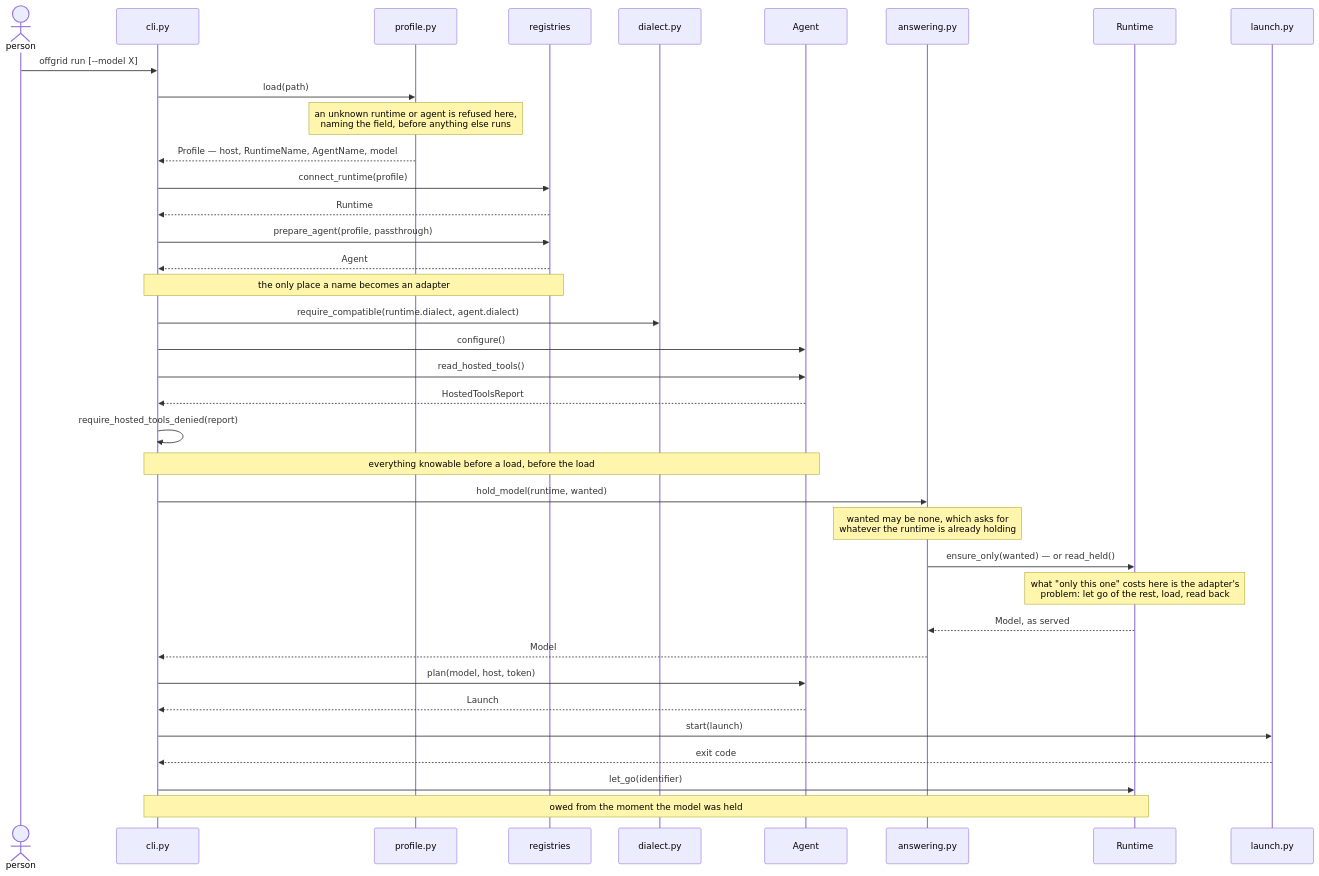
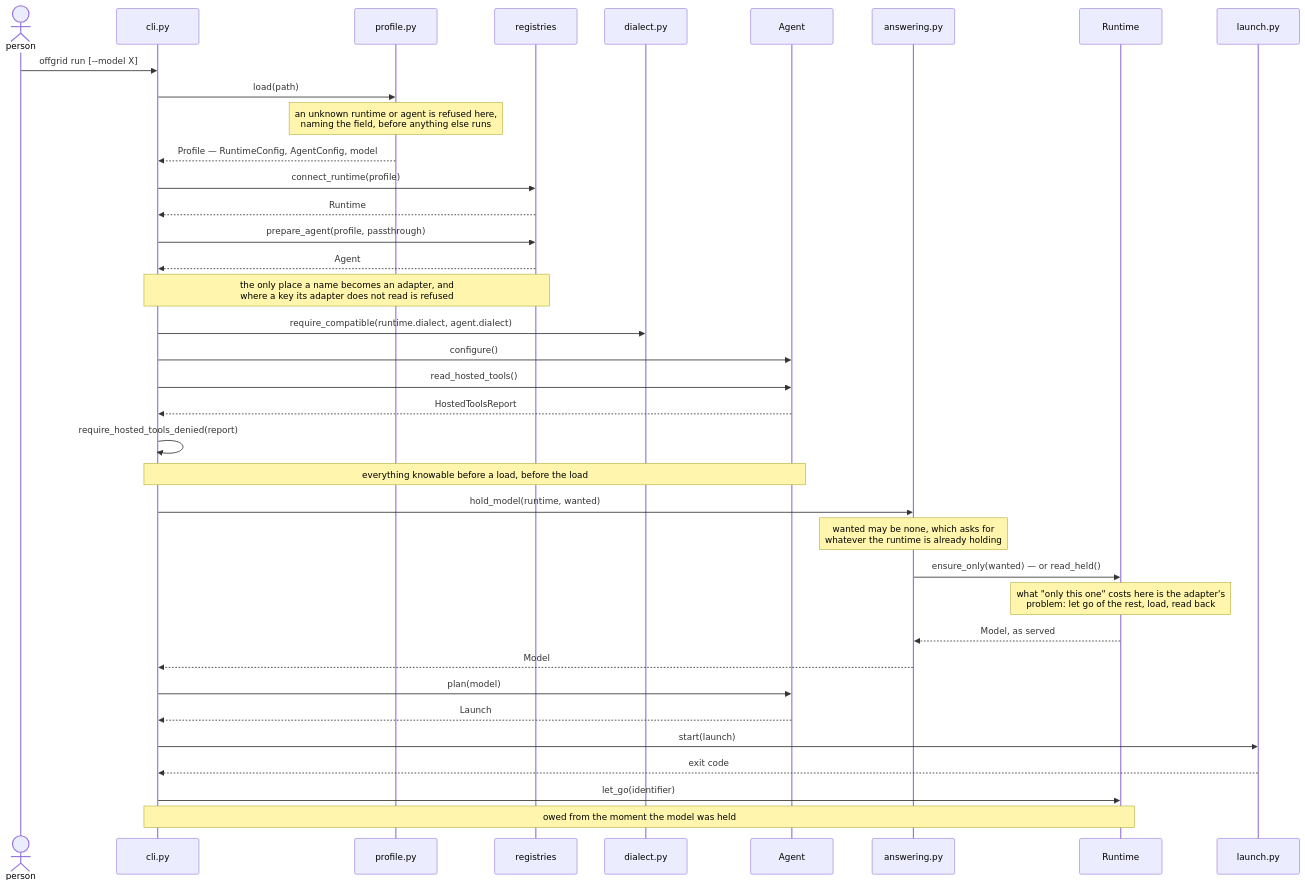
One commit to pvardanis/offgrid changed the second of 3 diagrams in docs/architecture.md. Above: the diagram before and after it, drawn with Mermaid. The commit also changed other lines of this file and 24 other files, not shown here.

First line of the commit message:
feat(profile)!: carry a section per adapter, with host under the runtime

````diff
--- a/docs/architecture.md
+++ b/docs/architecture.md
@@ -144,40 +147,40 @@
 ```mermaid
 sequenceDiagram
     actor P as person
     participant C as cli.py
     participant F as profile.py
     participant G as registries
     participant D as dialect.py
     participant A as Agent
     participant H as answering.py
     participant R as Runtime
     participant L as launch.py
 
     P->>C: offgrid run [--model X]
     C->>F: load(path)
     Note over F: an unknown runtime or agent is refused here,<br/>naming the field, before anything else runs
-    F-->>C: Profile — host, RuntimeName, AgentName, model
+    F-->>C: Profile — RuntimeConfig, AgentConfig, model
     C->>G: connect_runtime(profile)
     G-->>C: Runtime
     C->>G: prepare_agent(profile, passthrough)
     G-->>C: Agent
-    Note over C,G: the only place a name becomes an adapter
+    Note over C,G: the only place a name becomes an adapter, and<br/>where a key its adapter does not read is refused
     C->>D: require_compatible(runtime.dialect, agent.dialect)
     C->>A: configure()
     C->>A: read_hosted_tools()
     A-->>C: HostedToolsReport
     C->>C: require_hosted_tools_denied(report)
     Note over C,A: everything knowable before a load, before the load
     C->>H: hold_model(runtime, wanted)
     Note over H: wanted may be none, which asks for<br/>whatever the runtime is already holding
     H->>R: ensure_only(wanted) — or read_held()
     Note over R: what "only this one" costs here is the adapter's<br/>problem: let go of the rest, load, read back
     R-->>H: Model, as served
     H-->>C: Model
-    C->>A: plan(model, host, token)
+    C->>A: plan(model)
     A-->>C: Launch
     C->>L: start(launch)
     L-->>C: exit code
     C->>R: let_go(identifier)
     Note over C,R: owed from the moment the model was held
 ```
````
